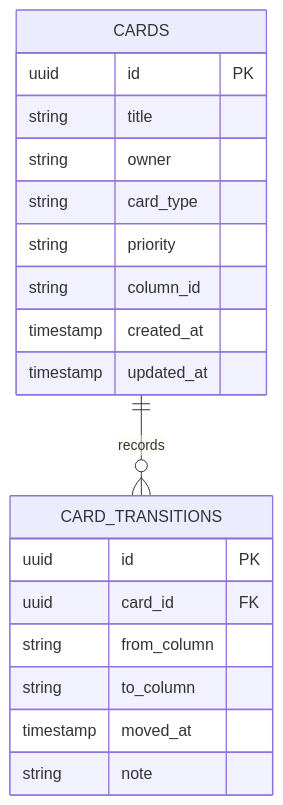
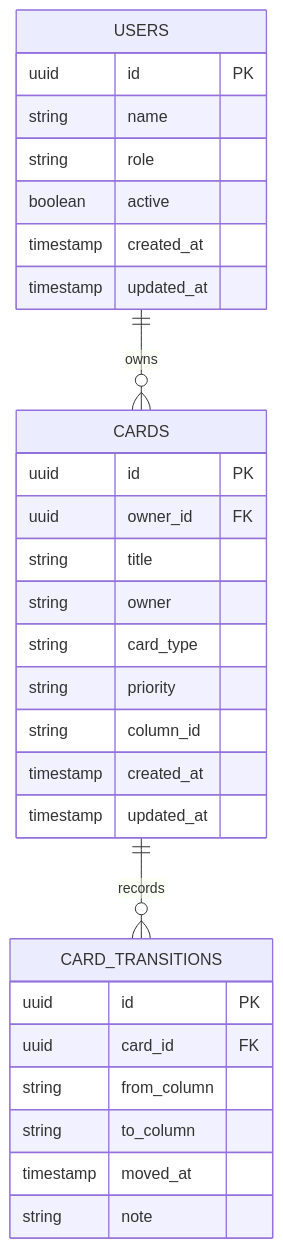
The fourth of 4 diagrams in docs/arquitetura.md (joaohprates/flow-metrics), drawn with Mermaid before and after one commit. The commit also changed other lines of this file and 1 other file, not shown here.

Commit message:
docs: adiciona diagramas na apresentacao

````diff
--- a/docs/arquitetura.md
+++ b/docs/arquitetura.md
@@ -61,24 +63,35 @@
 ```mermaid
 erDiagram
+    USERS ||--o{ CARDS : owns
     CARDS ||--o{ CARD_TRANSITIONS : records
+
+    USERS {
+        uuid id PK
+        string name
+        string role
+        boolean active
+        timestamp created_at
+        timestamp updated_at
+    }
 
     CARDS {
         uuid id PK
+        uuid owner_id FK
         string title
         string owner
         string card_type
         string priority
         string column_id
         timestamp created_at
         timestamp updated_at
     }
 
     CARD_TRANSITIONS {
         uuid id PK
         uuid card_id FK
         string from_column
         string to_column
         timestamp moved_at
         string note
     }
 ```
````
